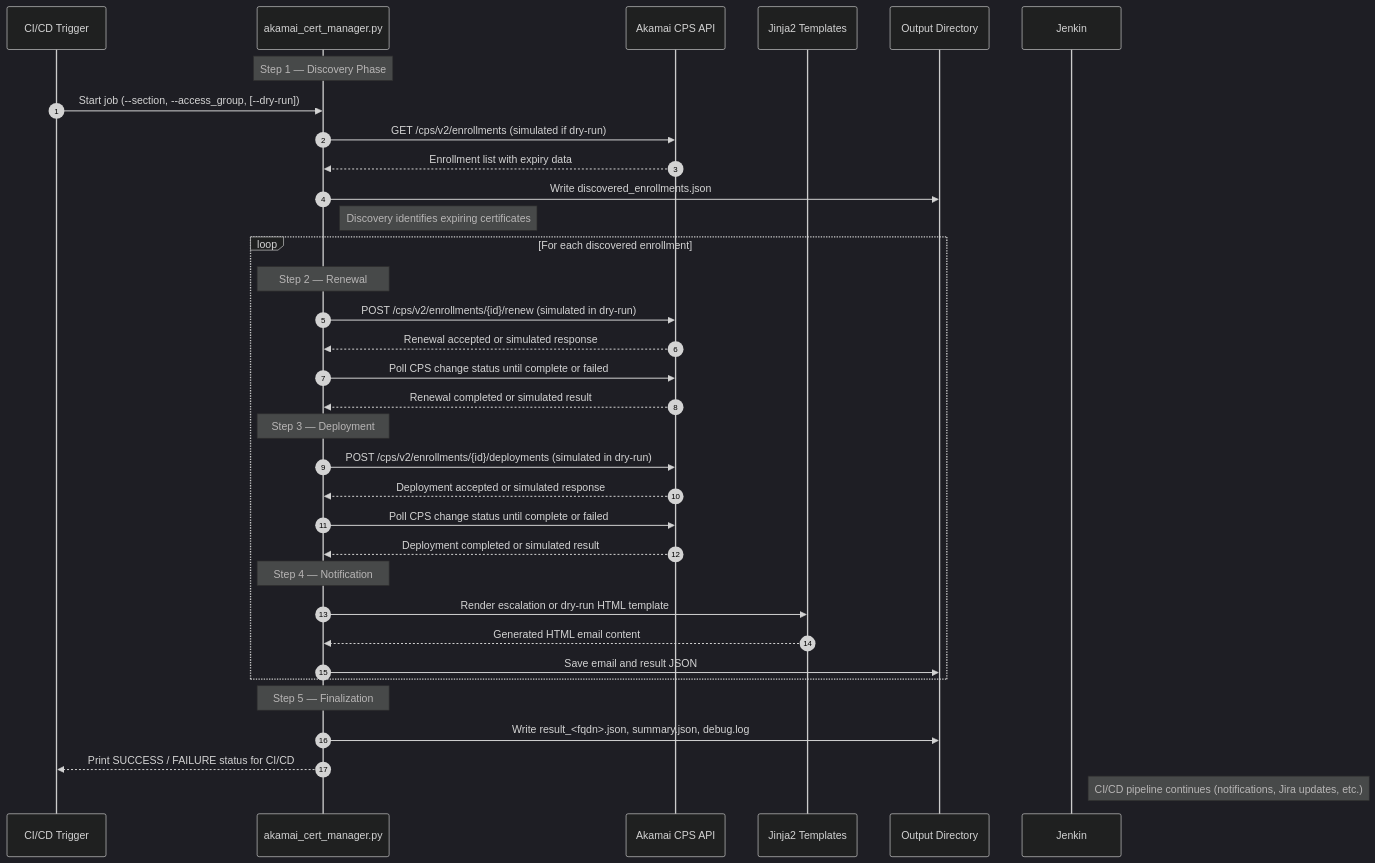
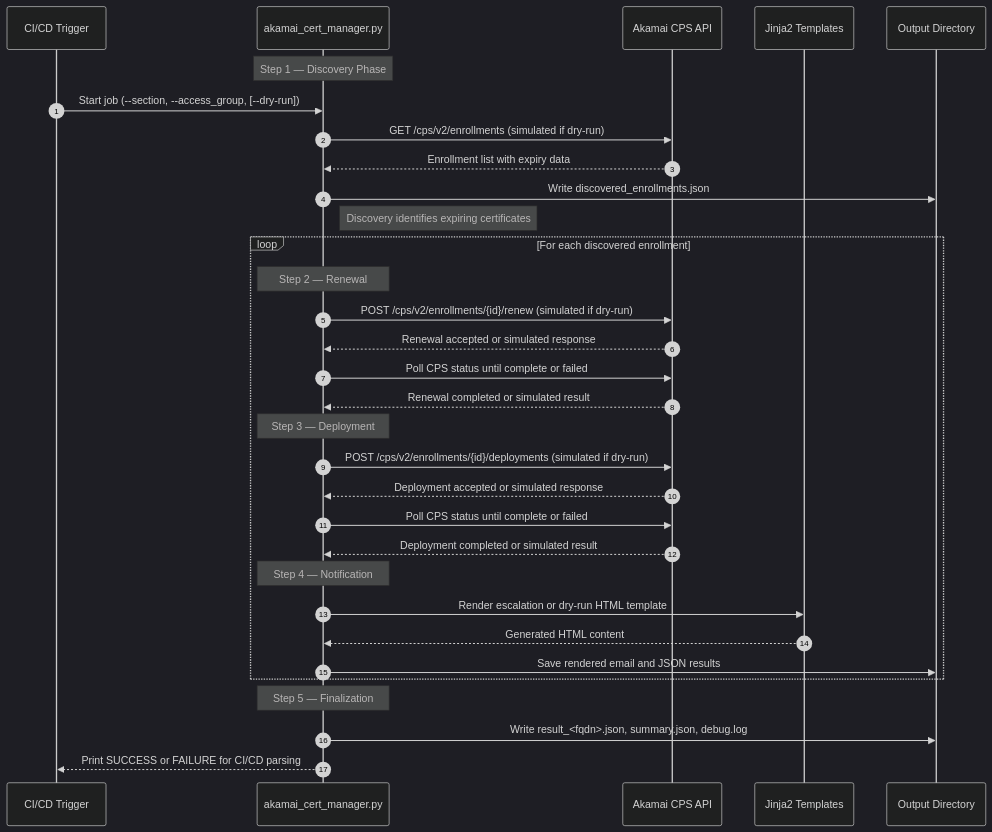
Before and after one commit to ksagoo/tfe-fdo-back: the second of 2 diagrams in terraform-aws-tfe/modules/cloud_init_generic_functions/README_swimlane.md, drawn with Mermaid (dark theme). The commit also changed other lines of this file, not shown here.

````diff
--- a/terraform-aws-tfe/modules/cloud_init_generic_functions/README_swimlane.md
+++ b/terraform-aws-tfe/modules/cloud_init_generic_functions/README_swimlane.md
@@ -33,41 +34,39 @@
 ```mermaid
 sequenceDiagram
     autonumber
     participant Jenkins/GitLab as CI/CD Trigger
     participant Script as akamai_cert_manager.py
     participant AkamaiAPI as Akamai CPS API
     participant EmailTemplate as Jinja2 Templates
     participant Output as Output Directory
 
     Note over Script: Step 1 — Discovery Phase
     Jenkins/GitLab->>Script: Start job (--section, --access_group, [--dry-run])
     Script->>AkamaiAPI: GET /cps/v2/enrollments (simulated if dry-run)
     AkamaiAPI-->>Script: Enrollment list with expiry data
     Script->>Output: Write discovered_enrollments.json
     Note right of Script: Discovery identifies expiring certificates
 
     loop For each discovered enrollment
         Note over Script: Step 2 — Renewal
-        Script->>AkamaiAPI: POST /cps/v2/enrollments/{id}/renew (simulated in dry-run)
+        Script->>AkamaiAPI: POST /cps/v2/enrollments/{id}/renew (simulated if dry-run)
         AkamaiAPI-->>Script: Renewal accepted or simulated response
-        Script->>AkamaiAPI: Poll CPS change status until complete or failed
+        Script->>AkamaiAPI: Poll CPS status until complete or failed
         AkamaiAPI-->>Script: Renewal completed or simulated result
 
         Note over Script: Step 3 — Deployment
-        Script->>AkamaiAPI: POST /cps/v2/enrollments/{id}/deployments (simulated in dry-run)
+        Script->>AkamaiAPI: POST /cps/v2/enrollments/{id}/deployments (simulated if dry-run)
         AkamaiAPI-->>Script: Deployment accepted or simulated response
-        Script->>AkamaiAPI: Poll CPS change status until complete or failed
+        Script->>AkamaiAPI: Poll CPS status until complete or failed
         AkamaiAPI-->>Script: Deployment completed or simulated result
 
         Note over Script: Step 4 — Notification
         Script->>EmailTemplate: Render escalation or dry-run HTML template
-        EmailTemplate-->>Script: Generated HTML email content
-        Script->>Output: Save email and result JSON
+        EmailTemplate-->>Script: Generated HTML content
+        Script->>Output: Save rendered email and JSON results
     end
 
     Note over Script: Step 5 — Finalization
     Script->>Output: Write result_<fqdn>.json, summary.json, debug.log
-    Script-->>Jenkins/GitLab: Print SUCCESS / FAILURE status for CI/CD
-
-    Note right of Jenkin: CI/CD pipeline continues (notifications, Jira updates, etc.)
+    Script-->>Jenkins/GitLab: Print SUCCESS or FAILURE for CI/CD parsing
 ```
````
